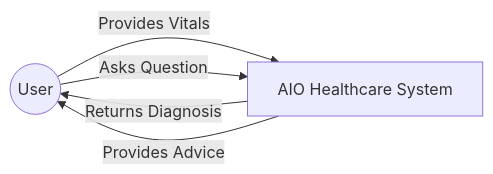
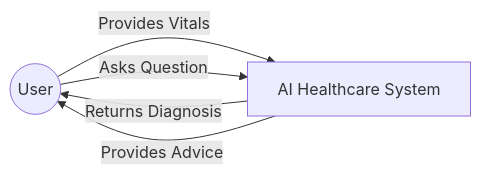
The second of 4 diagrams in docs/MASTER_PROJECT_REPORT.md (pavanbadempet/AI-Healthcare-System), drawn with Mermaid before and after one commit. The commit also changed other lines of this file and 11 other files, not shown here.

Commit message:
initial healthcare system with ML disease prediction, cha...

````diff
--- a/docs/MASTER_PROJECT_REPORT.md
+++ b/docs/MASTER_PROJECT_REPORT.md
@@ -190,10 +190,10 @@
 ```mermaid
 flowchart LR
     User((User))
-    System[AIO Healthcare System]
+    System[AI Healthcare System]
     
     User -->|Provides Vitals| System
     System -->|Returns Diagnosis| User
     User -->|Asks Question| System
     System -->|Provides Advice| User
 ```
````
